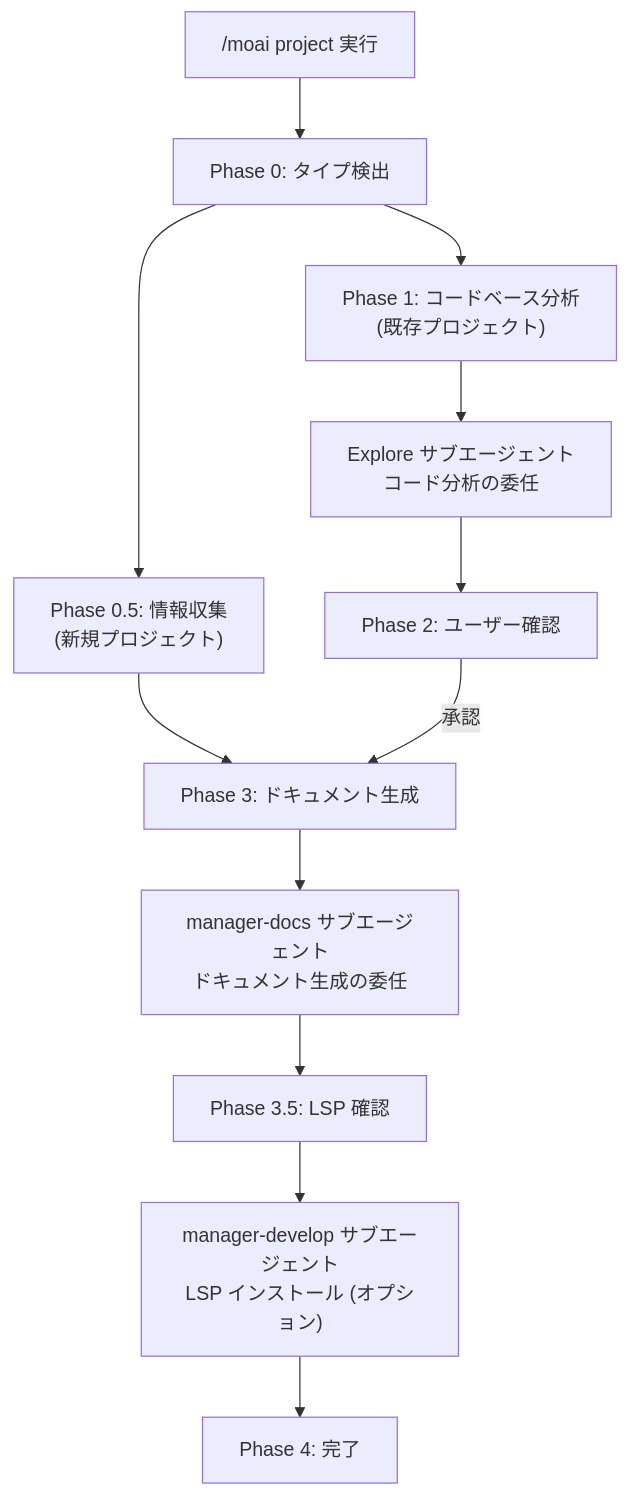
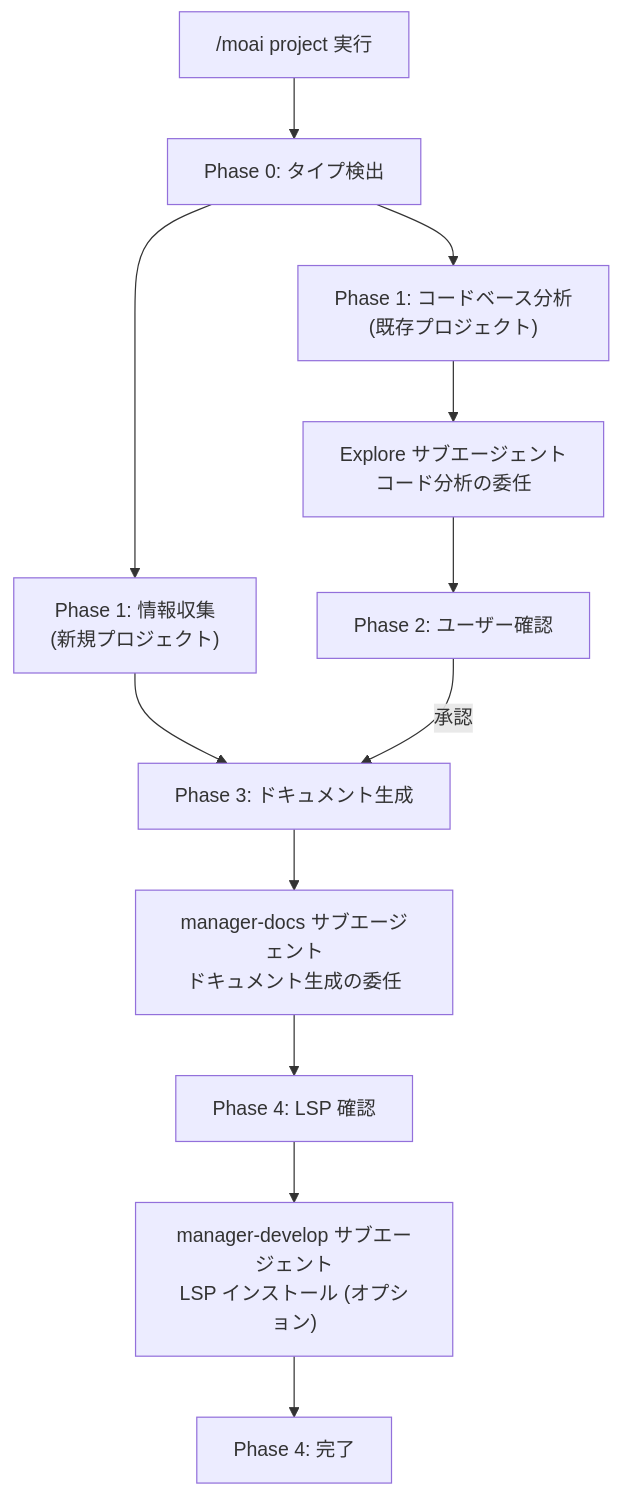
One commit to modu-ai/moai-adk changed the second of 2 diagrams in docs-site/content/ja/workflow-commands/moai-project.md. Above: the diagram before and after it, drawn with Mermaid. The commit also changed other lines of this file and 190 other files, not shown here.

````diff
--- a/docs-site/content/ja/workflow-commands/moai-project.md
+++ b/docs-site/content/ja/workflow-commands/moai-project.md
@@ -506,18 +506,18 @@
 ```mermaid
 flowchart TD
     Start["/moai project 実行"] --> Phase0["Phase 0: タイプ検出"]
-    Phase0 --> Phase05["Phase 0.5: 情報収集<br/>(新規プロジェクト)"]
+    Phase0 --> Phase05["Phase 1: 情報収集<br/>(新規プロジェクト)"]
     Phase0 --> Phase1["Phase 1: コードベース分析<br/>(既存プロジェクト)"]
 
     Phase1 --> Explore["Explore サブエージェント<br/>コード分析の委任"]
     Explore --> Phase2["Phase 2: ユーザー確認"]
 
     Phase05 --> Phase3["Phase 3: ドキュメント生成"]
     Phase2 -->|承認| Phase3
 
     Phase3 --> Docs["manager-docs サブエージェント<br/>ドキュメント生成の委任"]
-    Docs --> Phase35["Phase 3.5: LSP 確認"]
+    Docs --> Phase35["Phase 4: LSP 確認"]
 
     Phase35 --> DevOps["manager-develop サブエージェント<br/>LSP インストール (オプション)"]
     DevOps --> Phase4["Phase 4: 完了"]
 ```
````
